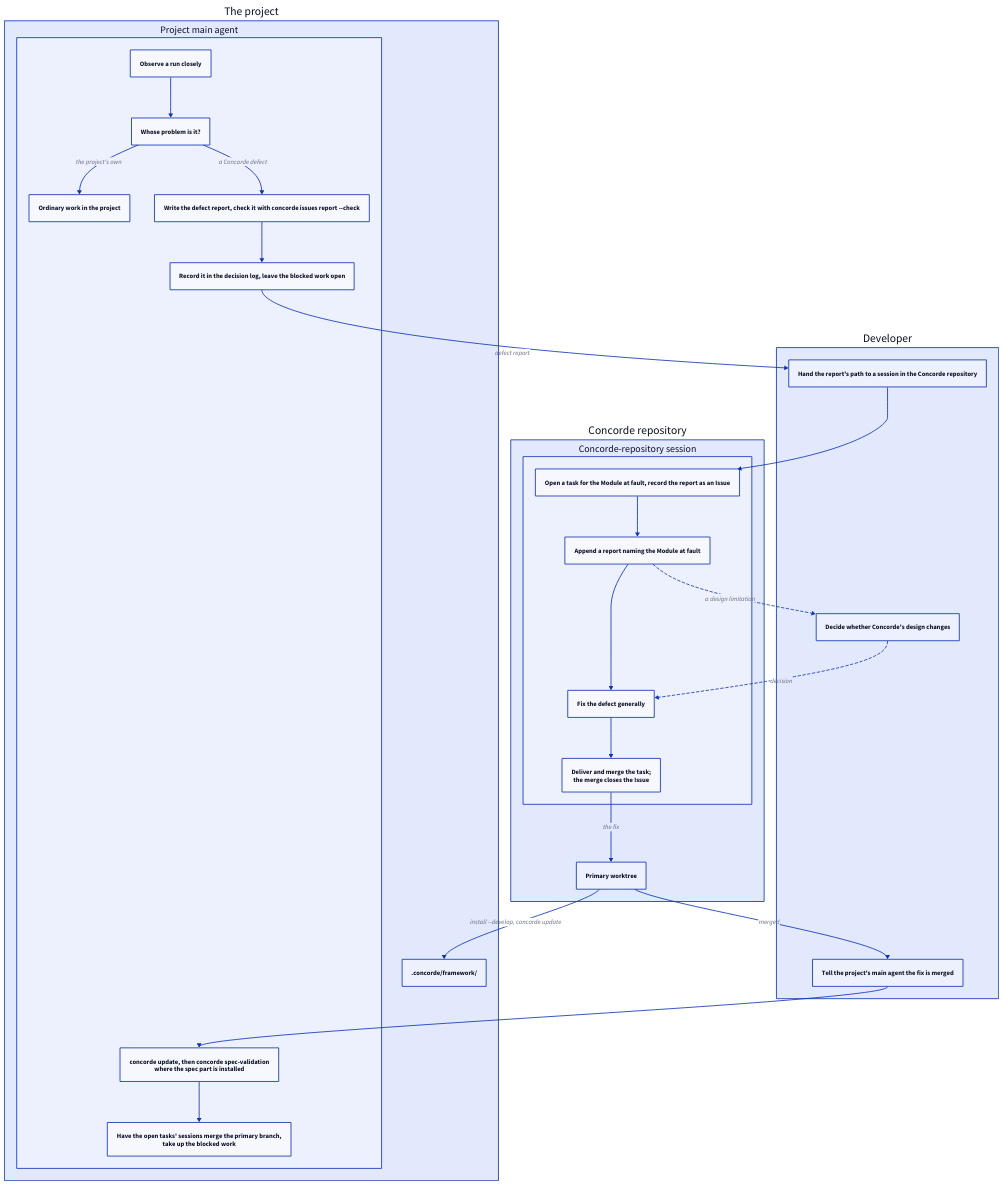
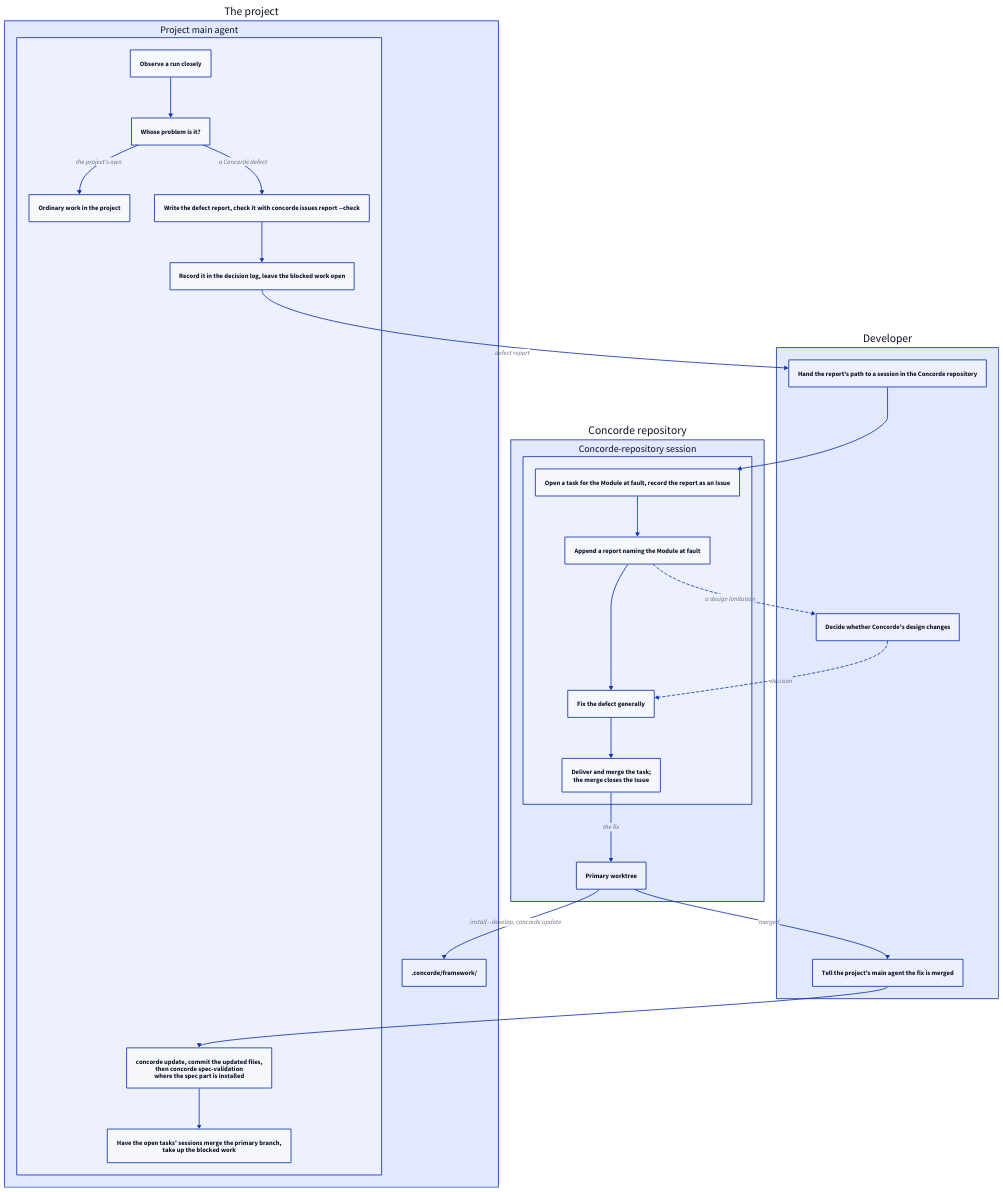
The diagram in specs/concorde/dogfooding/module.md (FTOD/concorde), drawn with D2 before and after one commit. The commit also changed other lines of this file and 1 other file, not shown here.

First line of the commit message:
Dogfooding: commit the update before the open tasks merge it (I-4eaf962e)

````diff
--- a/specs/concorde/dogfooding/module.md
+++ b/specs/concorde/dogfooding/module.md
@@ -122,43 +122,43 @@
 ```d2 illustrative
 direction: down
 project: The project {
   agent: Project main agent {
     observe: Observe a run closely
     classify: Whose problem is it?
     own: Ordinary work in the project
     write: Write the defect report, check it with concorde issues report --check
     log: Record it in the decision log, leave the blocked work open
-    update: "concorde update, then concorde spec-validation\nwhere the spec part is installed"
+    update: "concorde update, commit the updated files,\nthen concorde spec-validation\nwhere the spec part is installed"
     resume: "Have the open tasks' sessions merge the primary branch,\ntake up the blocked work"
     observe -> classify
     classify -> own: the project's own
     classify -> write: a Concorde defect
     write -> log
     update -> resume
   }
   framework: .concorde/framework/
 }
 developer: Developer {
   handoff: Hand the report's path to a session in the Concorde repository
   decide: Decide whether Concorde's design changes
   tell: Tell the project's main agent the fix is merged
 }
 concorde: Concorde repository {
   session: Concorde-repository session {
     record: Open a task for the Module at fault, record the report as an Issue
     assign: Append a report naming the Module at fault
     fix: Fix the defect generally
     merge: "Deliver and merge the task;\nthe merge closes the Issue"
     record -> assign -> fix -> merge
   }
   primary: Primary worktree
 }
 project.agent.log -> developer.handoff: defect report
 developer.handoff -> concorde.session.record
 concorde.session.assign -> developer.decide: a design limitation {style.stroke-dash: 3}
 developer.decide -> concorde.session.fix: decision {style.stroke-dash: 3}
 concorde.session.merge -> concorde.primary: the fix
 concorde.primary -> project.framework: install --develop, concorde update
 concorde.primary -> developer.tell: merged
 developer.tell -> project.agent.update
 ```
````
